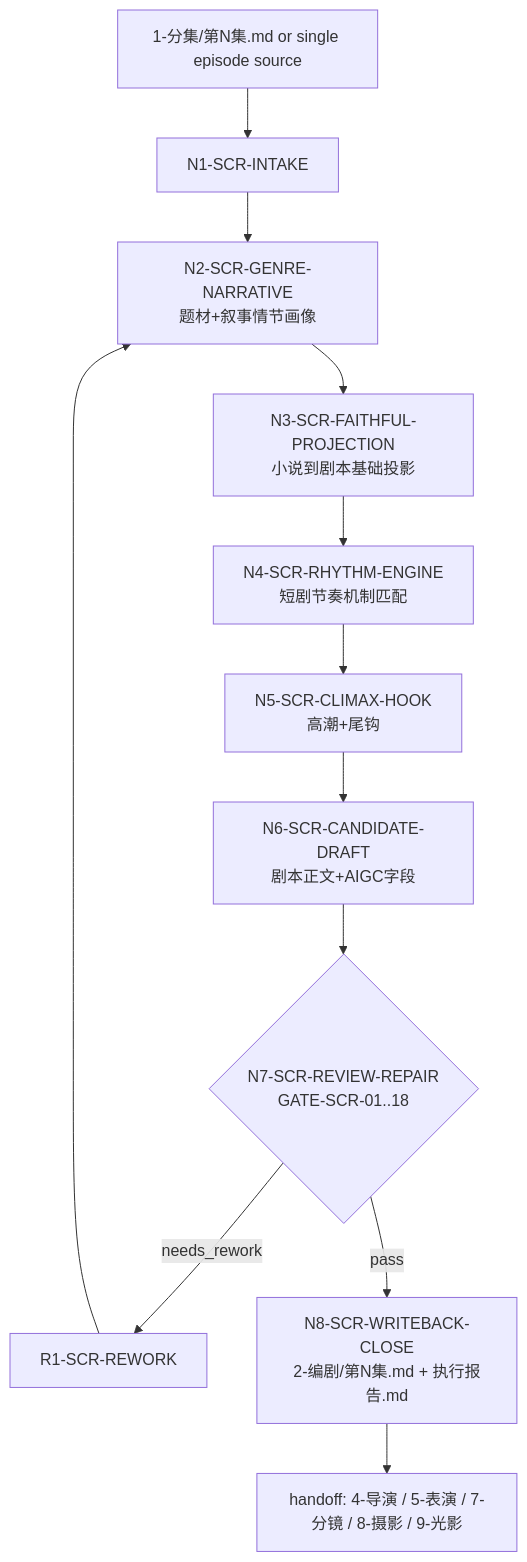
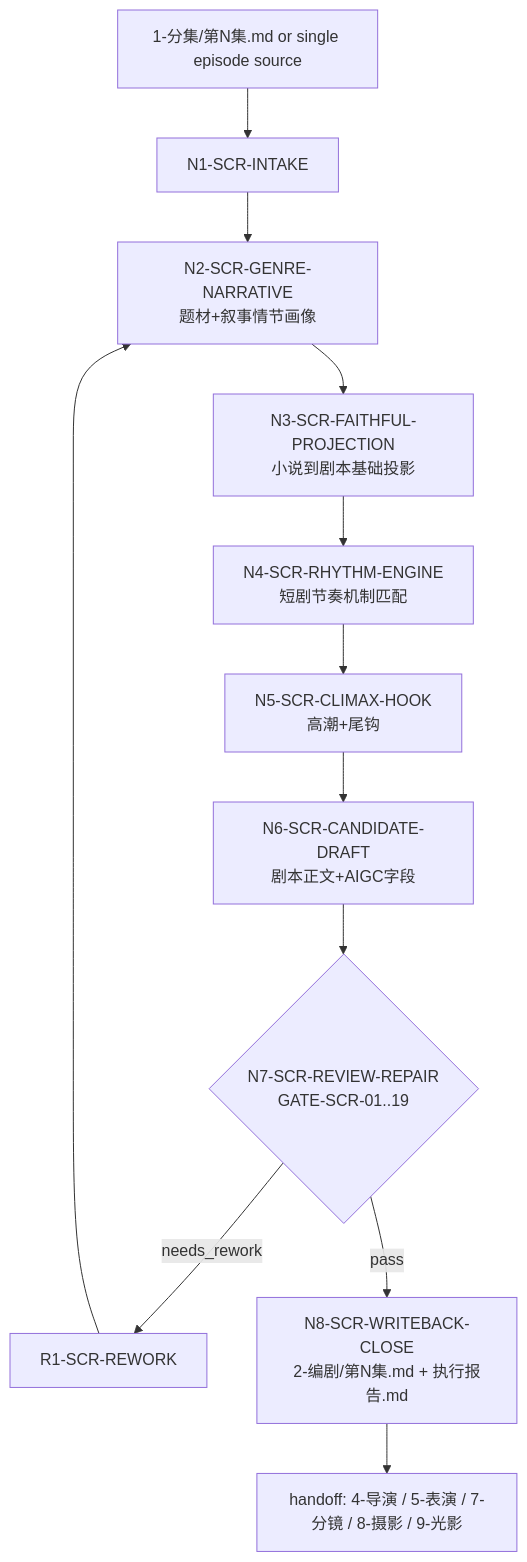
One commit to ZEN-VOID/AI-CUT changed the diagram in .agents/skills/aigc/2-编剧/SKILL.md. Above: the diagram before and after it, drawn with Mermaid. The commit also changed other lines of this file and 293 other files, not shown here.

````diff
--- a/.agents/skills/aigc/2-编剧/SKILL.md
+++ b/.agents/skills/aigc/2-编剧/SKILL.md
@@ -227,14 +228,14 @@
 ```mermaid
 flowchart TD
     A["1-分集/第N集.md or single episode source"] --> B["N1-SCR-INTAKE"]
     B --> C["N2-SCR-GENRE-NARRATIVE\n题材+叙事情节画像"]
     C --> D["N3-SCR-FAITHFUL-PROJECTION\n小说到剧本基础投影"]
     D --> E["N4-SCR-RHYTHM-ENGINE\n短剧节奏机制匹配"]
     E --> F["N5-SCR-CLIMAX-HOOK\n高潮+尾钩"]
     F --> G["N6-SCR-CANDIDATE-DRAFT\n剧本正文+AIGC字段"]
-    G --> H{"N7-SCR-REVIEW-REPAIR\nGATE-SCR-01..18"}
+    G --> H{"N7-SCR-REVIEW-REPAIR\nGATE-SCR-01..19"}
     H -->|"needs_rework"| R["R1-SCR-REWORK"]
     R --> C
     H -->|"pass"| I["N8-SCR-WRITEBACK-CLOSE\n2-编剧/第N集.md + 执行报告.md"]
     I --> J["handoff: 4-导演 / 5-表演 / 7-分镜 / 8-摄影 / 9-光影"]
 ```
````
